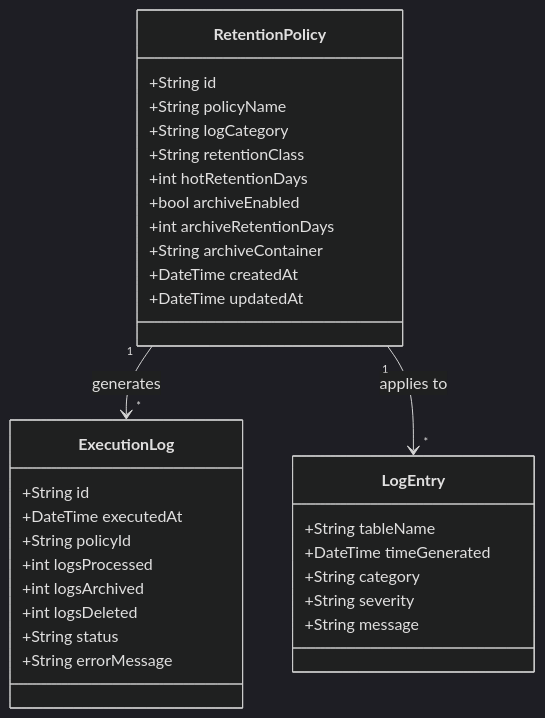
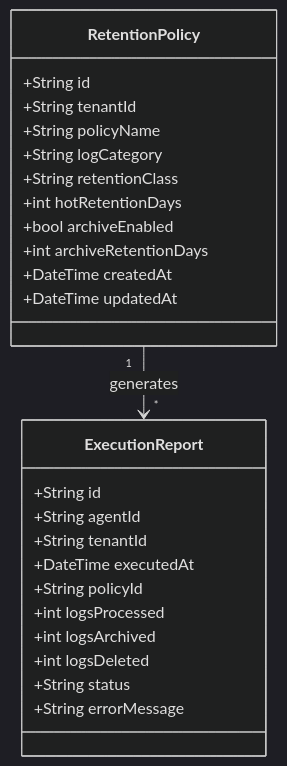
Before and after one commit to chjcmy/study: the fourth of 21 diagrams in azure/projects/log-doctor-plan.md, drawn with Mermaid (dark theme). The commit also changed other lines of this file, not shown here.

````diff
--- a/azure/projects/log-doctor-plan.md
+++ b/azure/projects/log-doctor-plan.md
@@ -124,37 +142,30 @@
 ```mermaid
 classDiagram
     class RetentionPolicy {
         +String id
+        +String tenantId
         +String policyName
         +String logCategory
         +String retentionClass
         +int hotRetentionDays
         +bool archiveEnabled
         +int archiveRetentionDays
-        +String archiveContainer
         +DateTime createdAt
         +DateTime updatedAt
     }
 
-    class ExecutionLog {
+    class ExecutionReport {
         +String id
+        +String agentId
+        +String tenantId
         +DateTime executedAt
         +String policyId
         +int logsProcessed
         +int logsArchived
         +int logsDeleted
         +String status
         +String errorMessage
     }
 
-    class LogEntry {
-        +String tableName
-        +DateTime timeGenerated
-        +String category
-        +String severity
-        +String message
-    }
-
-    RetentionPolicy "1" --> "*" ExecutionLog : generates
-    RetentionPolicy "1" --> "*" LogEntry : applies to
+    RetentionPolicy "1" --> "*" ExecutionReport : generates
 ```
````
